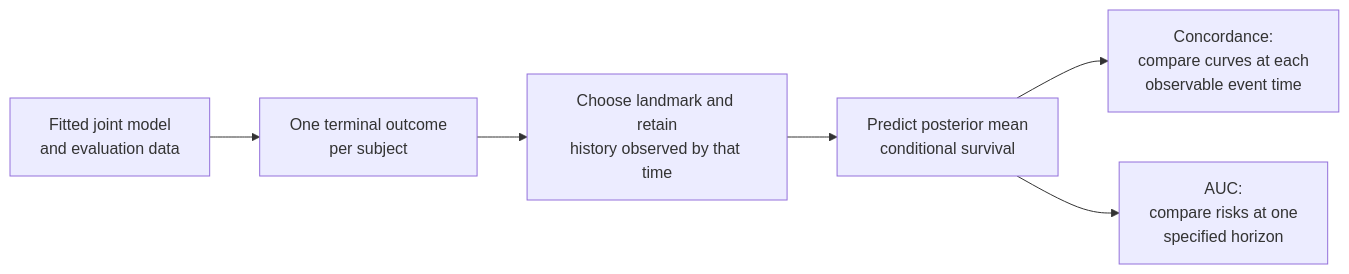
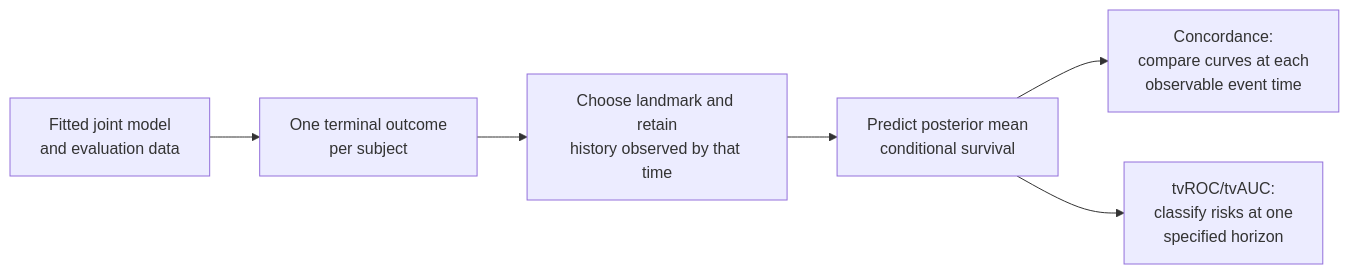
One commit to trinhdhk/joinme changed the diagram in vignettes/joinme-discrimination.qmd. Above: the diagram before and after it, drawn with Mermaid. The commit also changed other lines of this file and 375 other files, not shown here.

````diff
--- a/vignettes/joinme-discrimination.qmd
+++ b/vignettes/joinme-discrimination.qmd
@@ -66,9 +55,9 @@
 ```{mermaid}
 flowchart LR
     A["Fitted joint model<br/>and evaluation data"] -->
     B["One terminal outcome<br/>per subject"]
     B --> C["Choose landmark and retain<br/>history observed by that time"]
     C --> D["Predict posterior mean<br/>conditional survival"]
     D --> E["Concordance:<br/>compare curves at each<br/>observable event time"]
-    D --> F["AUC:<br/>compare risks at one<br/>specified horizon"]
+    D --> F["tvROC/tvAUC:<br/>classify risks at one<br/>specified horizon"]
 ```
````
